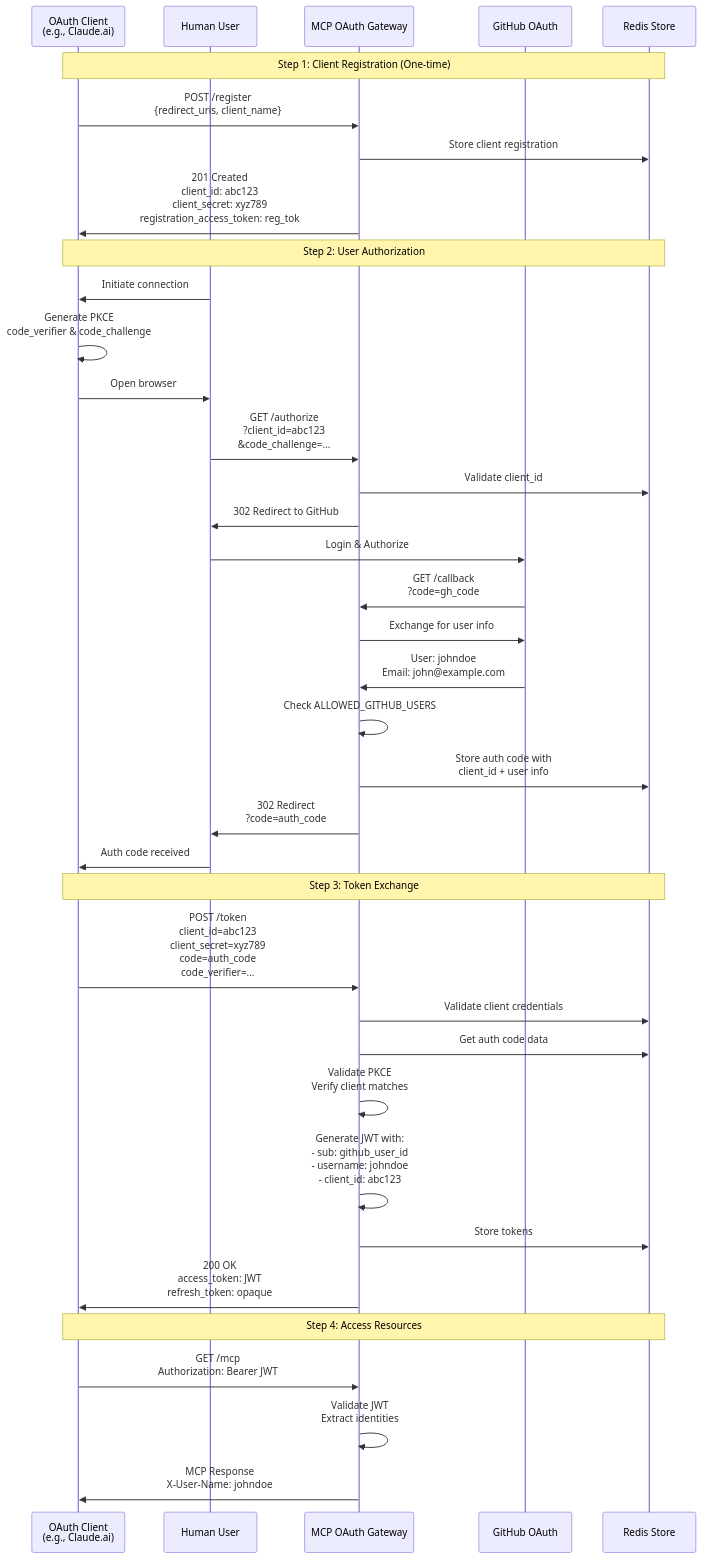
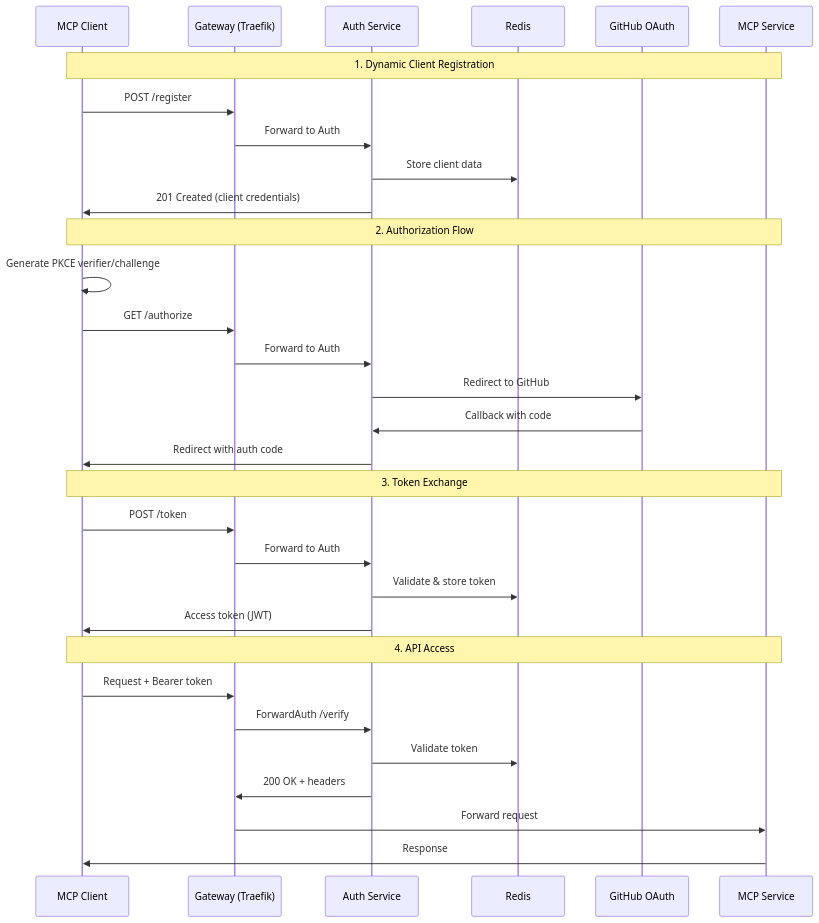
One commit to atrawog/mcp-oauth-gateway changed the first of 3 diagrams in docs/architecture/oauth-flow.md. Above: the diagram before and after it, drawn with Mermaid. The commit also changed other lines of this file and 86 other files, not shown here.

First line of the commit message:
Refactor and enhance documentation for MCP OAuth Gateway

````diff
--- a/docs/architecture/oauth-flow.md
+++ b/docs/architecture/oauth-flow.md
@@ -41,43 +17,37 @@
 ```{mermaid}
 sequenceDiagram
-    participant Client as OAuth Client<br/>(e.g., Claude.ai)
-    participant User as Human User
-    participant Gateway as MCP OAuth Gateway
-    participant GitHub as GitHub OAuth
-    participant Redis as Redis Store
+    participant C as MCP Client
+    participant G as Gateway (Traefik)
+    participant A as Auth Service
+    participant R as Redis
+    participant GH as GitHub OAuth
+    participant M as MCP Service
 
-    Note over Client,Redis: Step 1: Client Registration (One-time)
-    Client->>Gateway: POST /register<br/>{redirect_uris, client_name}
-    Gateway->>Redis: Store client registration
-    Gateway->>Client: 201 Created<br/>client_id: abc123<br/>client_secret: xyz789<br/>registration_access_token: reg_tok
+    Note over C,M: 1. Dynamic Client Registration
+    C->>G: POST /register
+    G->>A: Forward to Auth
+    A->>R: Store client data
+    A->>C: 201 Created (client credentials)
 
-    Note over Client,Redis: Step 2: User Authorization
-    User->>Client: Initiate connection
-    Client->>Client: Generate PKCE<br/>code_verifier & code_challenge
-    Client->>User: Open browser
-    User->>Gateway: GET /authorize<br/>?client_id=abc123<br/>&code_challenge=...
-    Gateway->>Redis: Validate client_id
-    Gateway->>User: 302 Redirect to GitHub
-    User->>GitHub: Login & Authorize
-    GitHub->>Gateway: GET /callback<br/>?code=gh_code
-    Gateway->>GitHub: Exchange for user info
-    GitHub->>Gateway: User: johndoe<br/>Email: john@example.com
-    Gateway->>Gateway: Check ALLOWED_GITHUB_USERS
-    Gateway->>Redis: Store auth code with<br/>client_id + user info
-    Gateway->>User: 302 Redirect<br/>?code=auth_code
-    User->>Client: Auth code received
+    Note over C,M: 2. Authorization Flow
+    C->>C: Generate PKCE verifier/challenge
+    C->>G: GET /authorize
+    G->>A: Forward to Auth
+    A->>GH: Redirect to GitHub
+    GH->>A: Callback with code
+    A->>C: Redirect with auth code
 
-    Note over Client,Redis: Step 3: Token Exchange
-    Client->>Gateway: POST /token<br/>client_id=abc123<br/>client_secret=xyz789<br/>code=auth_code<br/>code_verifier=...
-    Gateway->>Redis: Validate client credentials
-    Gateway->>Redis: Get auth code data
-    Gateway->>Gateway: Validate PKCE<br/>Verify client matches
-    Gateway->>Gateway: Generate JWT with:<br/>- sub: github_user_id<br/>- username: johndoe<br/>- client_id: abc123
-    Gateway->>Redis: Store tokens
-    Gateway->>Client: 200 OK<br/>access_token: JWT<br/>refresh_token: opaque
+    Note over C,M: 3. Token Exchange
+    C->>G: POST /token
+    G->>A: Forward to Auth
+    A->>R: Validate & store token
+    A->>C: Access token (JWT)
 
-    Note over Client,Redis: Step 4: Access Resources
-    Client->>Gateway: GET /mcp<br/>Authorization: Bearer JWT
-    Gateway->>Gateway: Validate JWT<br/>Extract identities
-    Gateway->>Client: MCP Response<br/>X-User-Name: johndoe
+    Note over C,M: 4. API Access
+    C->>G: Request + Bearer token
+    G->>A: ForwardAuth /verify
+    A->>R: Validate token
+    A->>G: 200 OK + headers
+    G->>M: Forward request
+    M->>C: Response
 ```
````
